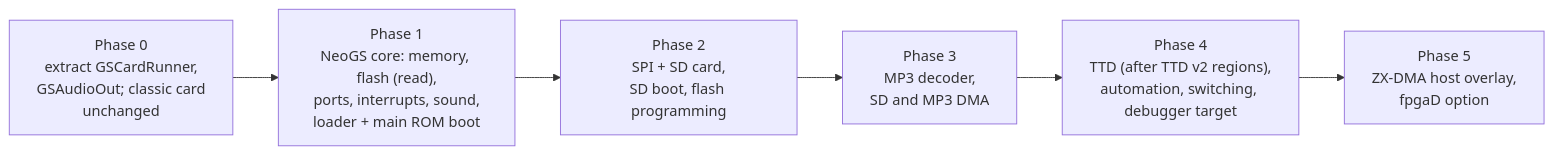
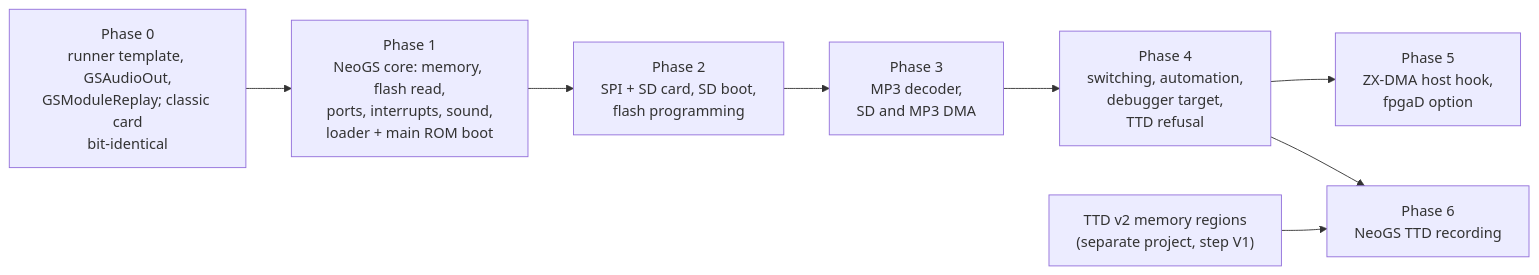
The fourth of 4 diagrams in docs/inprogress/2026-09-19-general-sound/neogs-tdd.md (alfishe/unreal-ng), drawn with Mermaid before and after one commit. The commit also changed other lines of this file and 5 other files, not shown here.

````diff
--- a/docs/inprogress/2026-09-19-general-sound/neogs-tdd.md
+++ b/docs/inprogress/2026-09-19-general-sound/neogs-tdd.md
@@ -927,8 +1497,10 @@
 ```mermaid
 flowchart LR
-    P0["Phase 0<br/>extract GSCardRunner,<br/>GSAudioOut; classic card<br/>unchanged"] --> P1["Phase 1<br/>NeoGS core: memory, flash (read),<br/>ports, interrupts, sound,<br/>loader + main ROM boot"]
-    P1 --> P2["Phase 2<br/>SPI + SD card,<br/>SD boot, flash programming"]
+    P0["Phase 0<br/>runner template, GSAudioOut,<br/>GSModuleReplay; classic card<br/>bit-identical"] --> P1["Phase 1<br/>NeoGS core: memory, flash read,<br/>ports, interrupts, sound,<br/>loader + main ROM boot"]
+    P1 --> P2["Phase 2<br/>SPI + SD card, SD boot,<br/>flash programming"]
     P2 --> P3["Phase 3<br/>MP3 decoder,<br/>SD and MP3 DMA"]
-    P3 --> P4["Phase 4<br/>TTD (after TTD v2 regions),<br/>automation, switching, debugger target"]
-    P4 --> P5["Phase 5<br/>ZX-DMA host overlay,<br/>fpgaD option"]
+    P3 --> P4["Phase 4<br/>switching, automation,<br/>debugger target,<br/>TTD refusal"]
+    P4 --> P5["Phase 5<br/>ZX-DMA host hook,<br/>fpgaD option"]
+    TTD2["TTD v2 memory regions<br/>(separate project, step V1)"] --> P6["Phase 6<br/>NeoGS TTD recording"]
+    P4 --> P6
 ```
````
